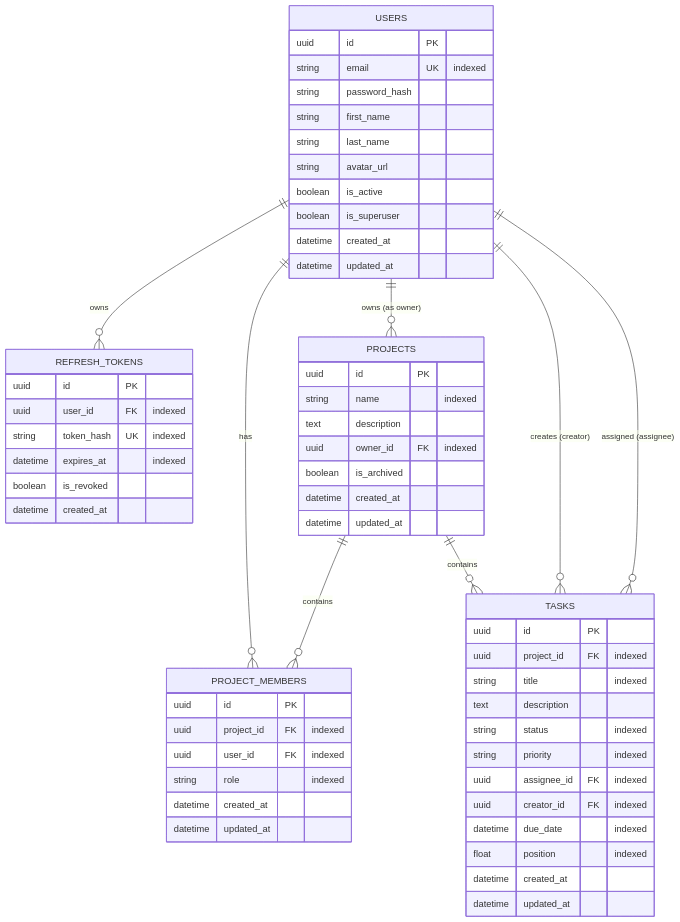
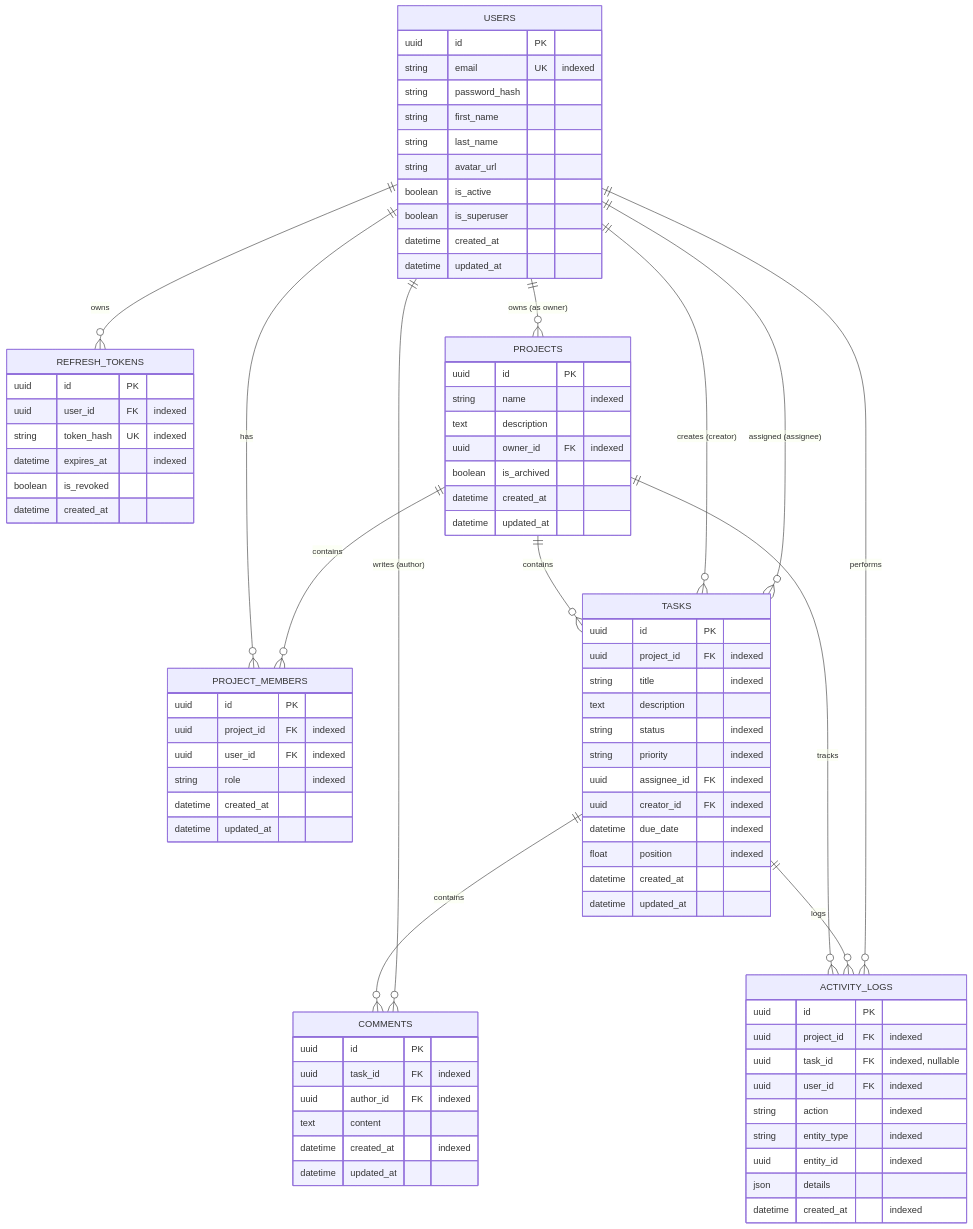
One commit to AliSheydai/project-management-platform changed the diagram in ARCHITECTURE.md. Above: the diagram before and after it, drawn with Mermaid. The commit also changed other lines of this file and 19 other files, not shown here.

Commit message:
feat(comments,activity): implement comments CRUD and audit activity logging

````diff
--- a/ARCHITECTURE.md
+++ b/ARCHITECTURE.md
@@ -31,6 +31,11 @@
     PROJECTS ||--o{ TASKS : "contains"
     USERS ||--o{ TASKS : "creates (creator)"
     USERS ||--o{ TASKS : "assigned (assignee)"
+    TASKS ||--o{ COMMENTS : "contains"
+    USERS ||--o{ COMMENTS : "writes (author)"
+    PROJECTS ||--o{ ACTIVITY_LOGS : "tracks"
+    TASKS ||--o{ ACTIVITY_LOGS : "logs"
+    USERS ||--o{ ACTIVITY_LOGS : "performs"
     
     USERS {
         uuid id PK
@@ -87,4 +92,25 @@
         datetime created_at
         datetime updated_at
     }
+
+    COMMENTS {
+        uuid id PK
+        uuid task_id FK "indexed"
+        uuid author_id FK "indexed"
+        text content
+        datetime created_at "indexed"
+        datetime updated_at
+    }
+
+    ACTIVITY_LOGS {
+        uuid id PK
+        uuid project_id FK "indexed"
+        uuid task_id FK "indexed, nullable"
+        uuid user_id FK "indexed"
+        string action "indexed"
+        string entity_type "indexed"
+        uuid entity_id "indexed"
+        json details
+        datetime created_at "indexed"
+    }
 ```
````
